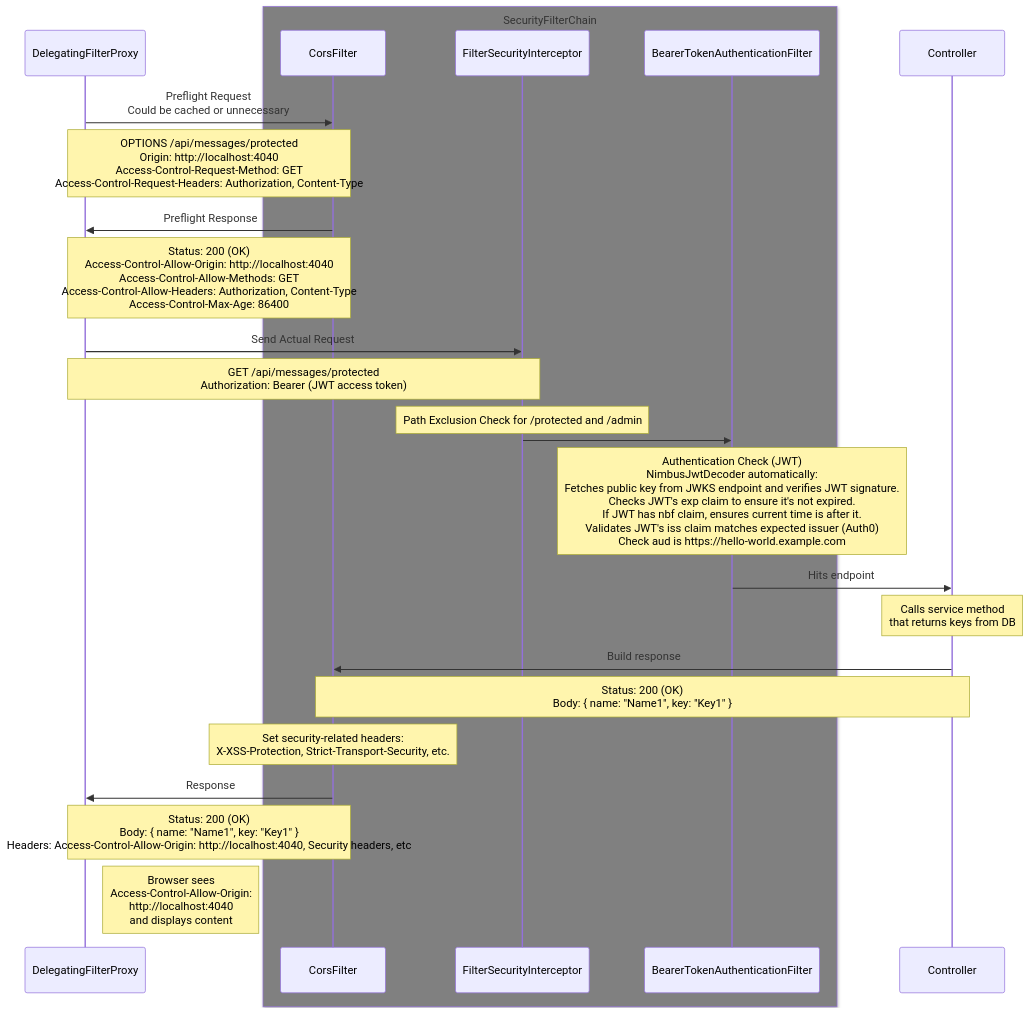
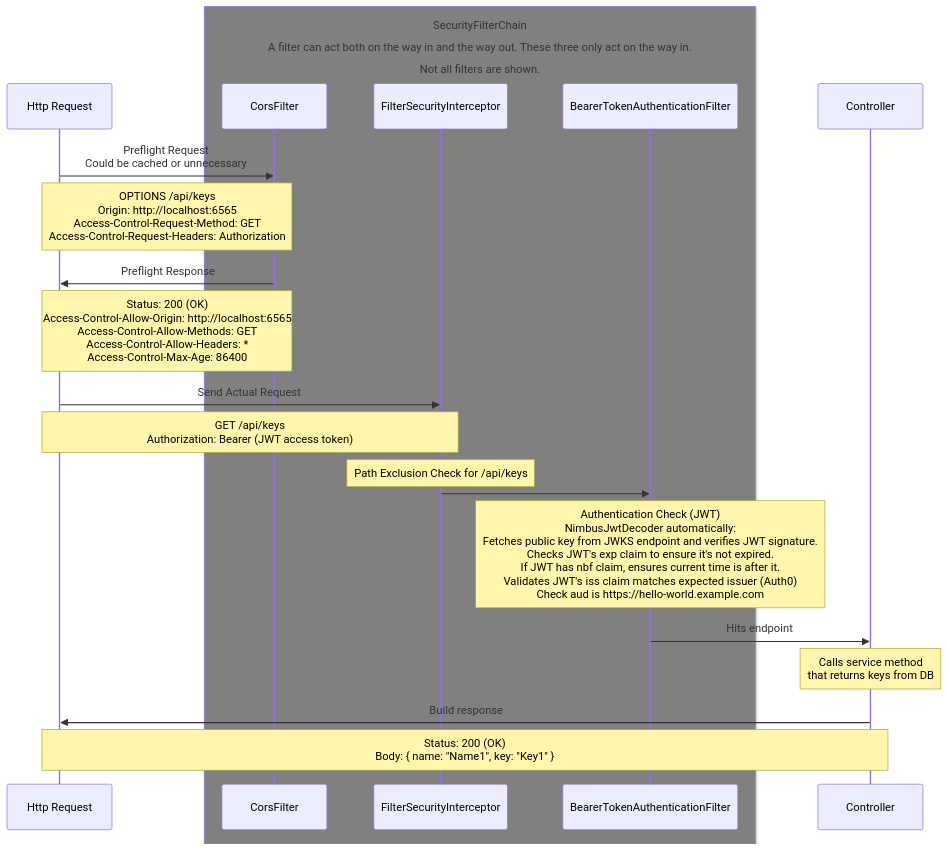
One commit to aeharriman/dichotomous-spring changed the third of 5 diagrams in README.md. Above: the diagram before and after it, drawn with Mermaid.

Commit message:
Made clarity changes on sequence diagram

````diff
--- a/README.md
+++ b/README.md
@@ -99,28 +99,24 @@
 ```mermaid
 sequenceDiagram
-  participant Http as DelegatingFilterProxy
-  box grey SecurityFilterChain
+  participant Http as Http Request
+  box grey SecurityFilterChain<br/><br/>A filter can act both on the way in and the way out. These three only act on the way in.<br/><br/>Not all filters are shown.
   participant CorsF as CorsFilter
   participant FSI as FilterSecurityInterceptor
   participant BTAF as BearerTokenAuthenticationFilter
   end
   participant C as Controller
   
   Http->>CorsF: Preflight Request<br/> Could be cached or unnecessary
-  Note over Http,CorsF: OPTIONS /api/messages/protected<br/>Origin: http://localhost:4040<br/>Access-Control-Request-Method: GET<br/>Access-Control-Request-Headers: Authorization, Content-Type
+  Note over Http,CorsF: OPTIONS /api/keys<br/>Origin: http://localhost:6565<br/>Access-Control-Request-Method: GET<br/>Access-Control-Request-Headers: Authorization
   CorsF->>Http: Preflight Response
-  Note over CorsF,Http: Status: 200 (OK)<br/>Access-Control-Allow-Origin: http://localhost:4040<br/>Access-Control-Allow-Methods: GET<br/>Access-Control-Allow-Headers: Authorization, Content-Type<br/>Access-Control-Max-Age: 86400
+  Note over CorsF,Http: Status: 200 (OK)<br/>Access-Control-Allow-Origin: http://localhost:6565<br/>Access-Control-Allow-Methods: GET<br/>Access-Control-Allow-Headers: *<br/>Access-Control-Max-Age: 86400
   Http->>FSI: Send Actual Request
-  Note over Http,FSI: GET /api/messages/protected<br/>Authorization: Bearer (JWT access token)
-  Note over FSI: Path Exclusion Check for /protected and /admin
+  Note over Http,FSI: GET /api/keys<br/>Authorization: Bearer (JWT access token)
+  Note over FSI: Path Exclusion Check for /api/keys
   FSI->>BTAF: 
   Note over BTAF: Authentication Check (JWT)<br/>NimbusJwtDecoder automatically:<br/>Fetches public key from JWKS endpoint and verifies JWT signature.<br/>Checks JWT's exp claim to ensure it's not expired.<br/>If JWT has nbf claim, ensures current time is after it.<br/>Validates JWT's iss claim matches expected issuer (Auth0)<br/>Check aud is https://hello-world.example.com
   BTAF->>C: Hits endpoint
   Note over C: Calls service method<br/>that returns keys from DB
-  C->>CorsF: Build response
-  Note over C, CorsF: Status: 200 (OK)<br/>Body: { name: "Name1", key: "Key1" }
-  Note over CorsF: Set security-related headers: <br/>X-XSS-Protection, Strict-Transport-Security, etc.
-  CorsF->>Http: Response
-  Note over Http, CorsF: Status: 200 (OK)<br/>Body: { name: "Name1", key: "Key1" }<br/>Headers: Access-Control-Allow-Origin: http://localhost:4040, Security headers, etc
-  Note right of Http: Browser sees<br/> Access-Control-Allow-Origin:<br/> http://localhost:4040<br/>and displays content
+  C->>Http: Build response
+  Note over C, Http: Status: 200 (OK)<br/>Body: { name: "Name1", key: "Key1" }
 ```
````
